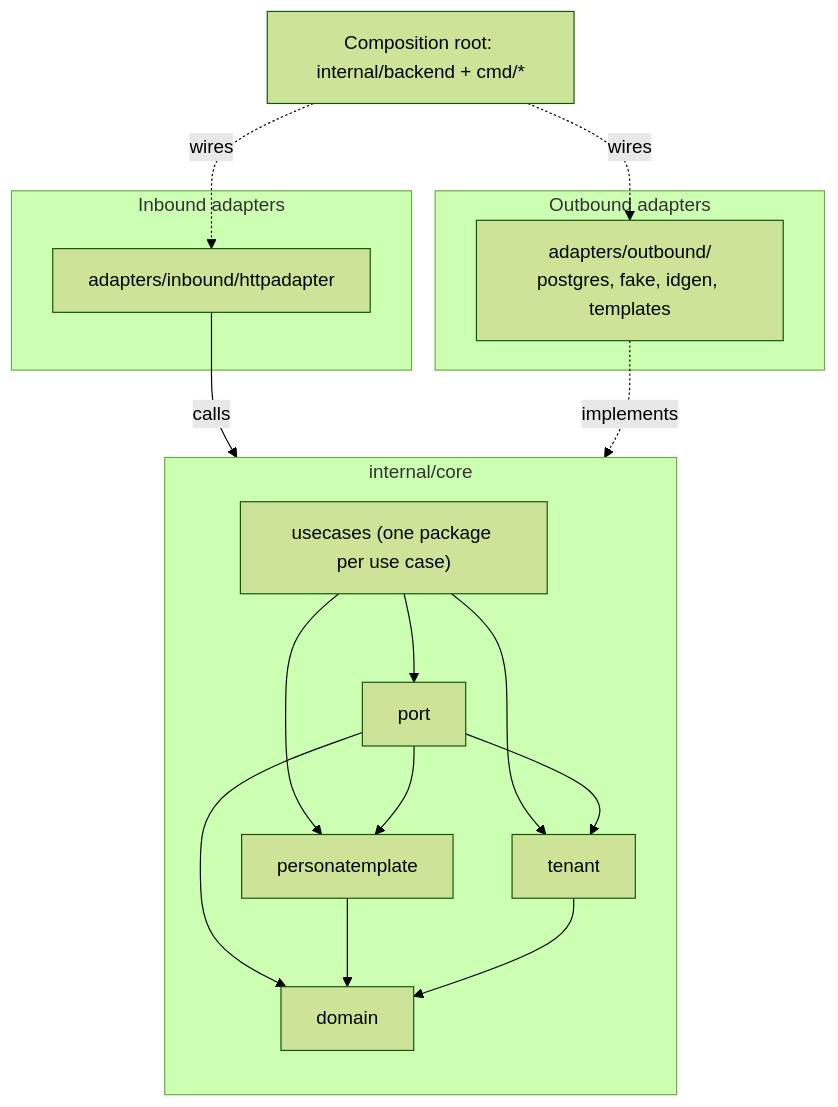
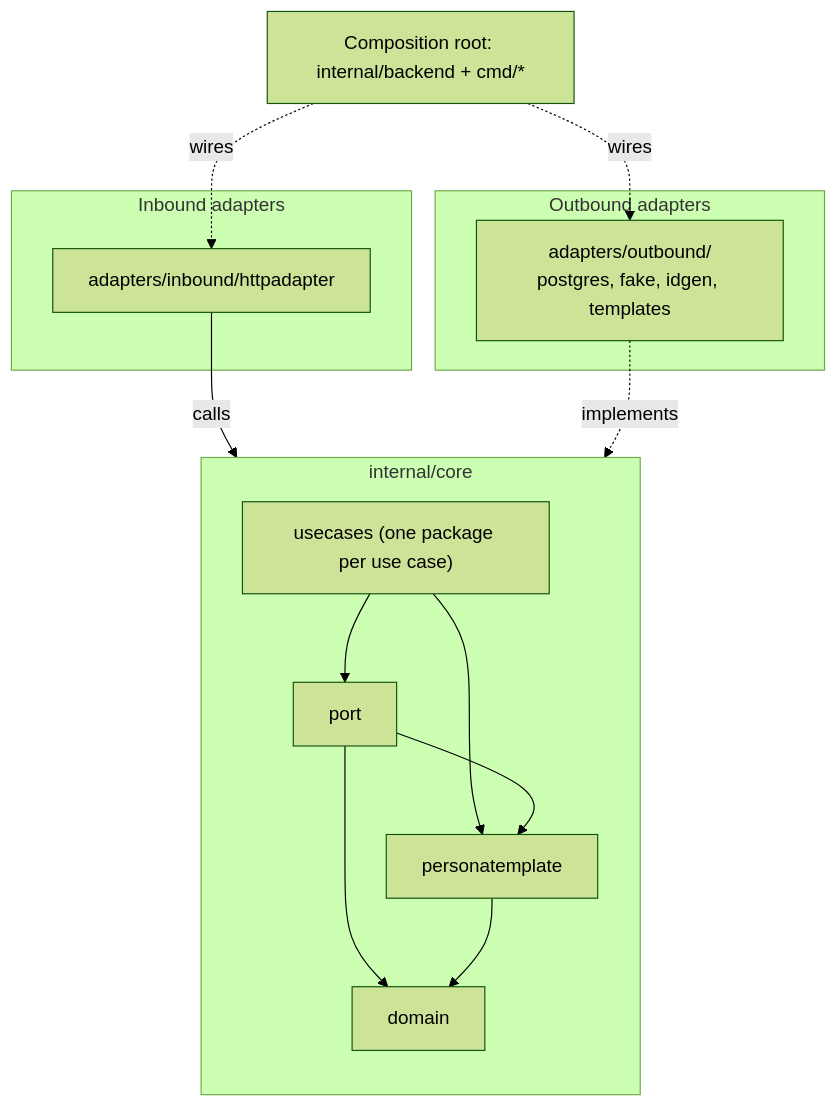
One commit to TimoSto/tax-return-organizer changed the diagram in backend/docs/ARCHITECTURE.md. Above: the diagram before and after it, drawn with Mermaid (forest theme). The commit also changed other lines of this file and 21 other files, not shown here.

````diff
--- a/backend/docs/ARCHITECTURE.md
+++ b/backend/docs/ARCHITECTURE.md
@@ -9,34 +9,30 @@
 ```mermaid
 flowchart TB
     subgraph IN["Inbound adapters"]
         http["adapters/inbound/httpadapter"]
     end
 
     subgraph CORE["internal/core"]
         direction TB
         usecases["usecases (one package per use case)"]
         port["port"]
         pt["personatemplate"]
-        tenant["tenant"]
         domain["domain"]
         usecases --> port
         usecases --> pt
-        usecases --> tenant
         port --> pt
-        port --> tenant
         port --> domain
         pt --> domain
-        tenant --> domain
     end
 
     subgraph OUT["Outbound adapters"]
         out["adapters/outbound/<br/>postgres, fake, idgen, templates"]
     end
 
     root["Composition root: internal/backend + cmd/*"]
 
     http -->|calls| usecases
     out -.->|implements| port
     root -.->|wires| http
     root -.->|wires| out
 ```
````
